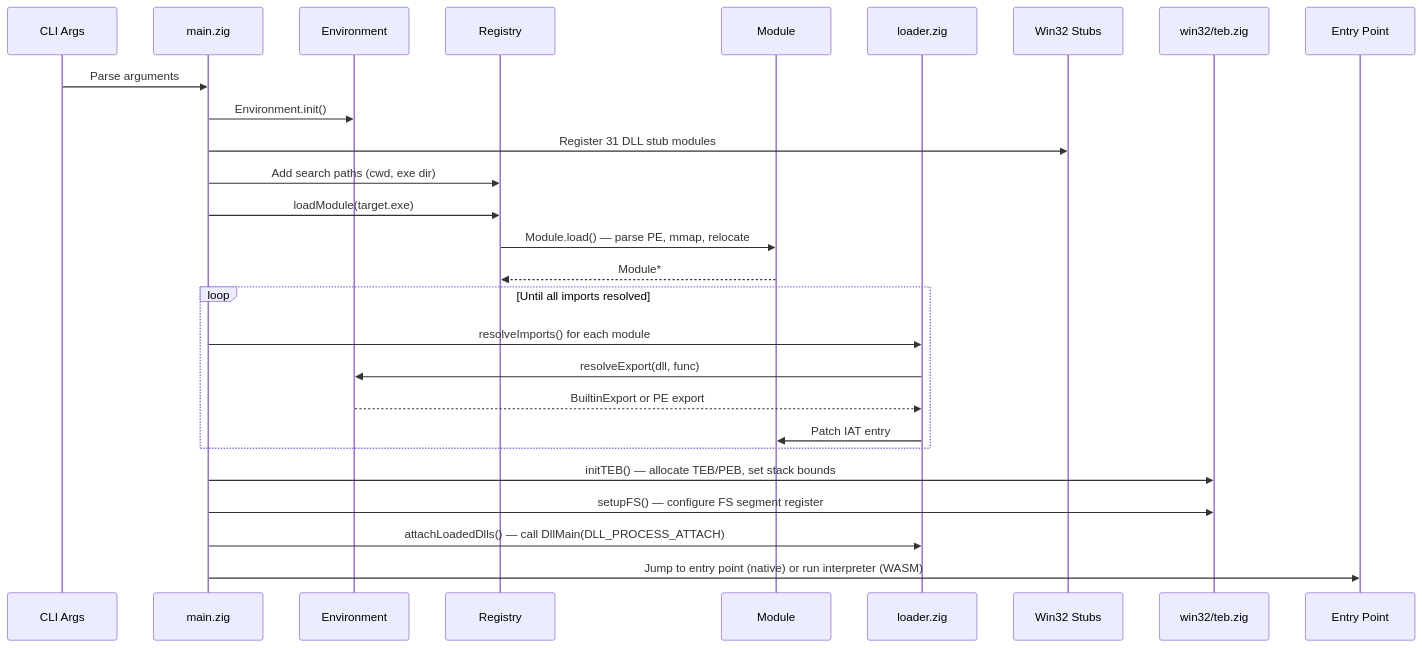
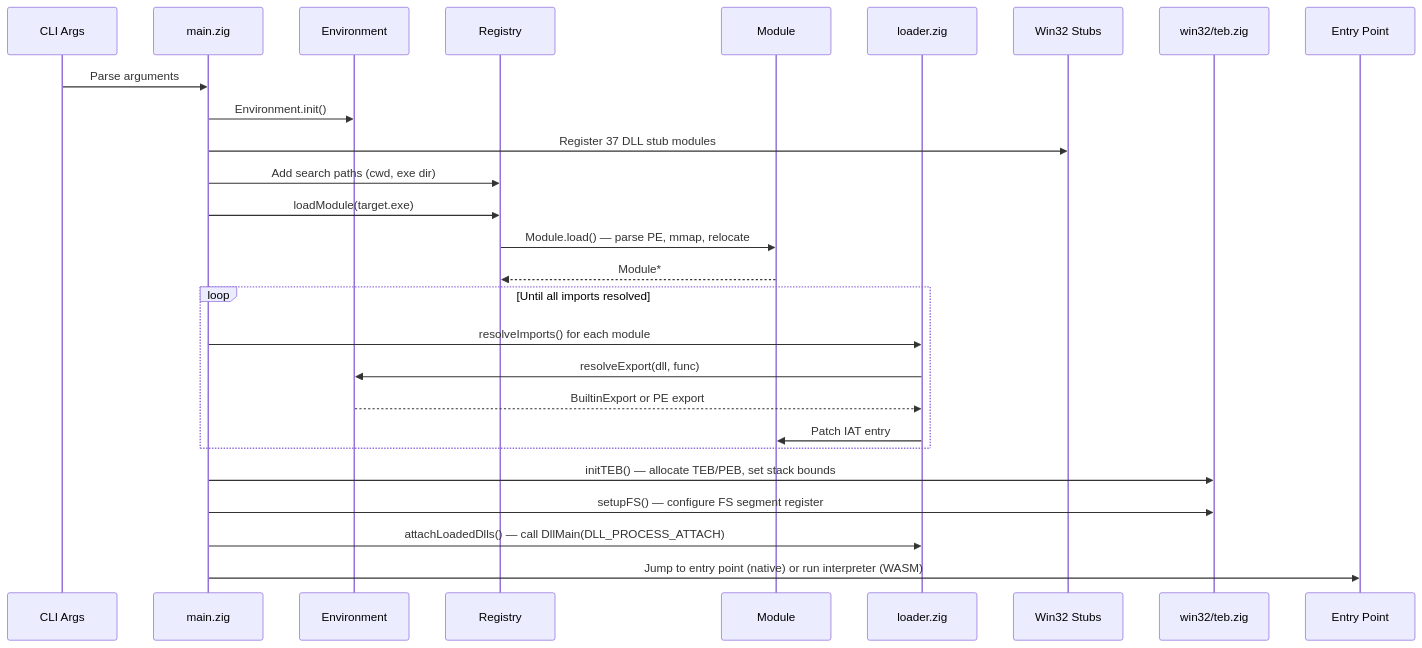
The second of 2 diagrams in docs/ARCHITECTURE.md (maci0/zine), drawn with Mermaid before and after one commit. The commit also changed other lines of this file and 159 other files, not shown here.

````diff
--- a/docs/ARCHITECTURE.md
+++ b/docs/ARCHITECTURE.md
@@ -358,30 +361,30 @@
 ```mermaid
 sequenceDiagram
     participant CLI as CLI Args
     participant Main as main.zig
     participant Env as Environment
     participant Reg as Registry
     participant Mod as Module
     participant Loader as loader.zig
     participant Stubs as Win32 Stubs
     participant TEB as win32/teb.zig
     participant EP as Entry Point
 
     CLI->>Main: Parse arguments
     Main->>Env: Environment.init()
-    Main->>Stubs: Register 31 DLL stub modules
+    Main->>Stubs: Register 37 DLL stub modules
     Main->>Reg: Add search paths (cwd, exe dir)
     Main->>Reg: loadModule(target.exe)
     Reg->>Mod: Module.load() — parse PE, mmap, relocate
     Mod-->>Reg: Module*
     loop Until all imports resolved
         Main->>Loader: resolveImports() for each module
         Loader->>Env: resolveExport(dll, func)
         Env-->>Loader: BuiltinExport or PE export
         Loader->>Mod: Patch IAT entry
     end
     Main->>TEB: initTEB() — allocate TEB/PEB, set stack bounds
     Main->>TEB: setupFS() — configure FS segment register
     Main->>Loader: attachLoadedDlls() — call DllMain(DLL_PROCESS_ATTACH)
     Main->>EP: Jump to entry point (native) or run interpreter (WASM)
 ```
````
